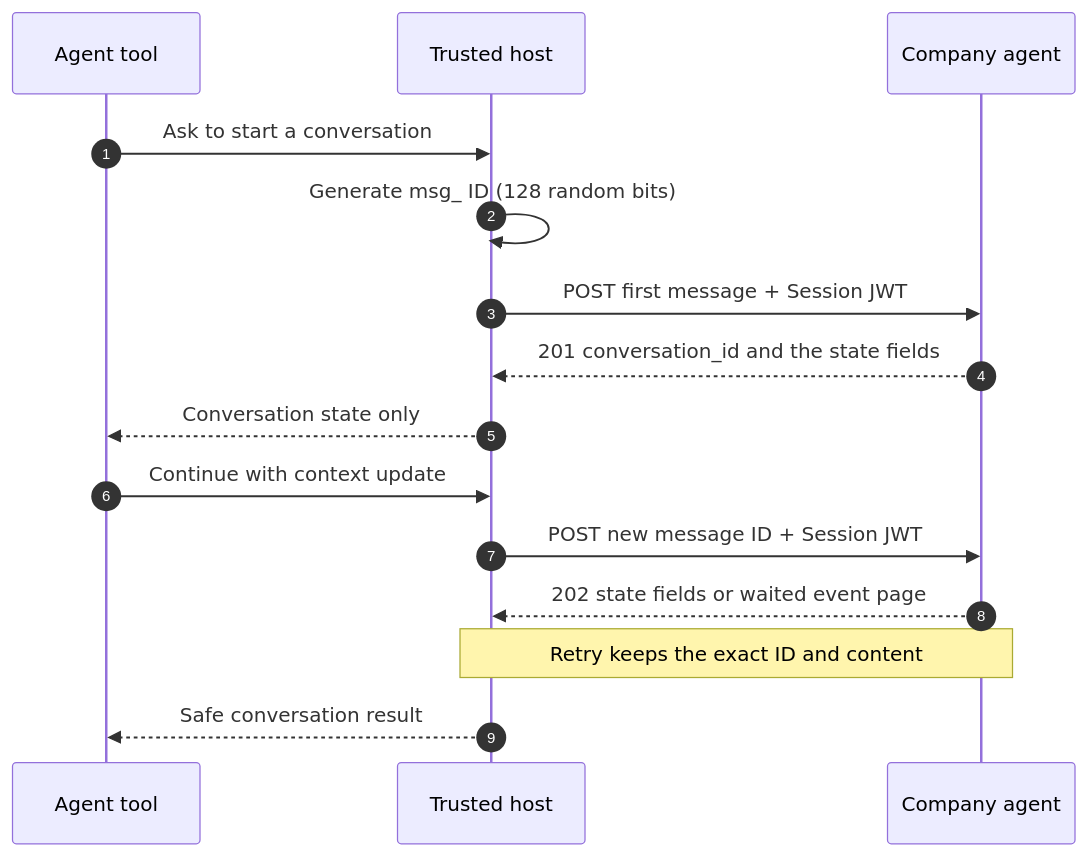
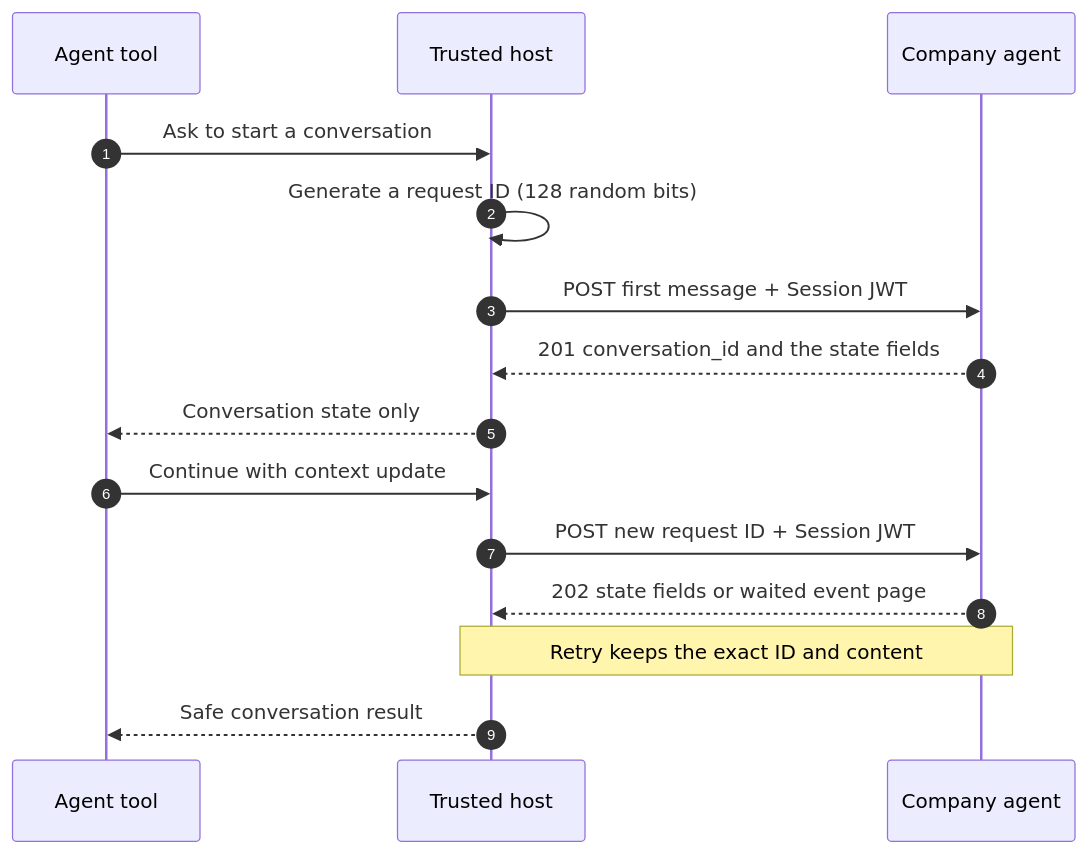
One commit to datalayer/personal-agent-protocol changed the diagram in docs/docs/examples/conversation-messages.mdx. Above: the diagram before and after it, drawn with Mermaid. The commit also changed other lines of this file and 61 other files, not shown here.

````diff
--- a/docs/docs/examples/conversation-messages.mdx
+++ b/docs/docs/examples/conversation-messages.mdx
@@ -18,17 +24,17 @@
 ```mermaid
 sequenceDiagram
   autonumber
   participant A as Agent tool
   participant H as Trusted host
   participant C as Company agent
   A->>H: Ask to start a conversation
-  H->>H: Generate msg_ ID (128 random bits)
+  H->>H: Generate a request ID (128 random bits)
   H->>C: POST first message + Session JWT
   C-->>H: 201 conversation_id and the state fields
   H-->>A: Conversation state only
   A->>H: Continue with context update
-  H->>C: POST new message ID + Session JWT
+  H->>C: POST new request ID + Session JWT
   C-->>H: 202 state fields or waited event page
   Note over H,C: Retry keeps the exact ID and content
   H-->>A: Safe conversation result
 ```
````
